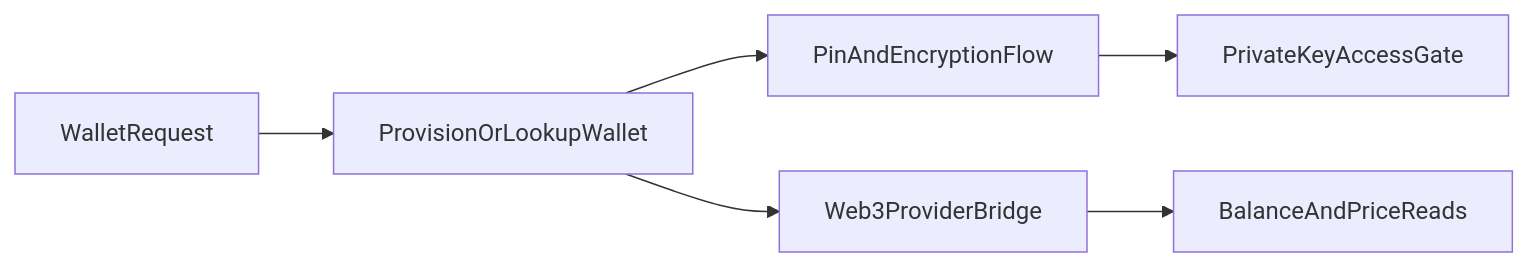
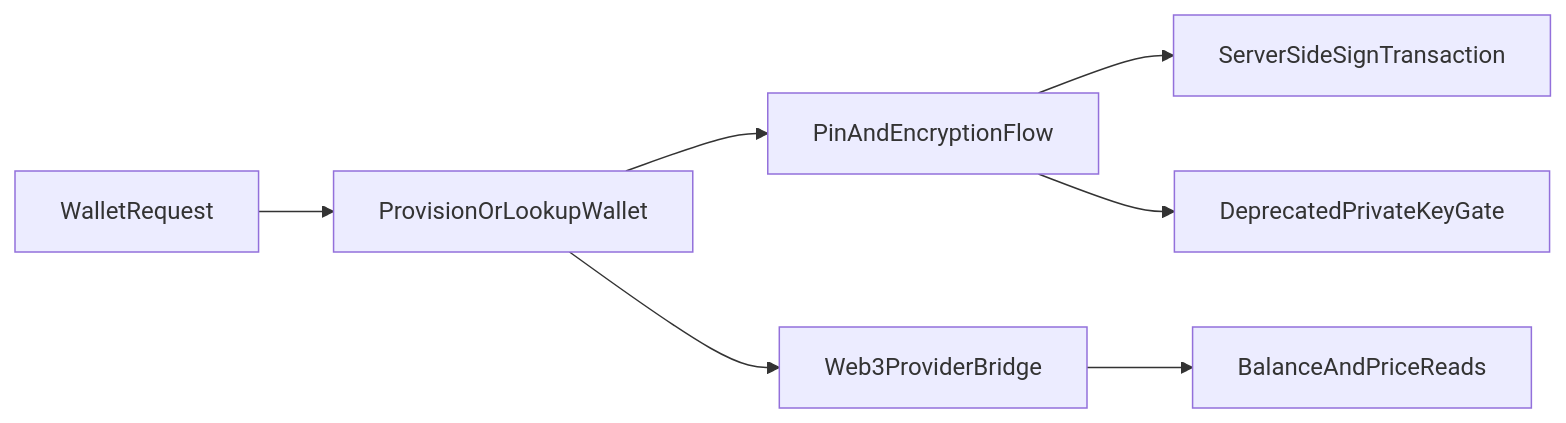
One commit to D-Sports-Ecosystem/docs changed the diagram in repositories/d-sports-api/wallet-web3/architecture.mdx. Above: the diagram before and after it, drawn with Mermaid. The commit also changed other lines of this file and 48 other files, not shown here.

````diff
--- a/repositories/d-sports-api/wallet-web3/architecture.mdx
+++ b/repositories/d-sports-api/wallet-web3/architecture.mdx
@@ -28,8 +30,9 @@
 ```mermaid
 flowchart LR
   walletRequest[WalletRequest] --> walletProvision[ProvisionOrLookupWallet]
   walletProvision --> keySecurity[PinAndEncryptionFlow]
-  keySecurity --> privateKeyGate[PrivateKeyAccessGate]
+  keySecurity --> signTx[ServerSideSignTransaction]
+  keySecurity --> privateKeyGate[DeprecatedPrivateKeyGate]
   walletProvision --> providerBridge[Web3ProviderBridge]
   providerBridge --> balancePriceRead[BalanceAndPriceReads]
 ```
````
